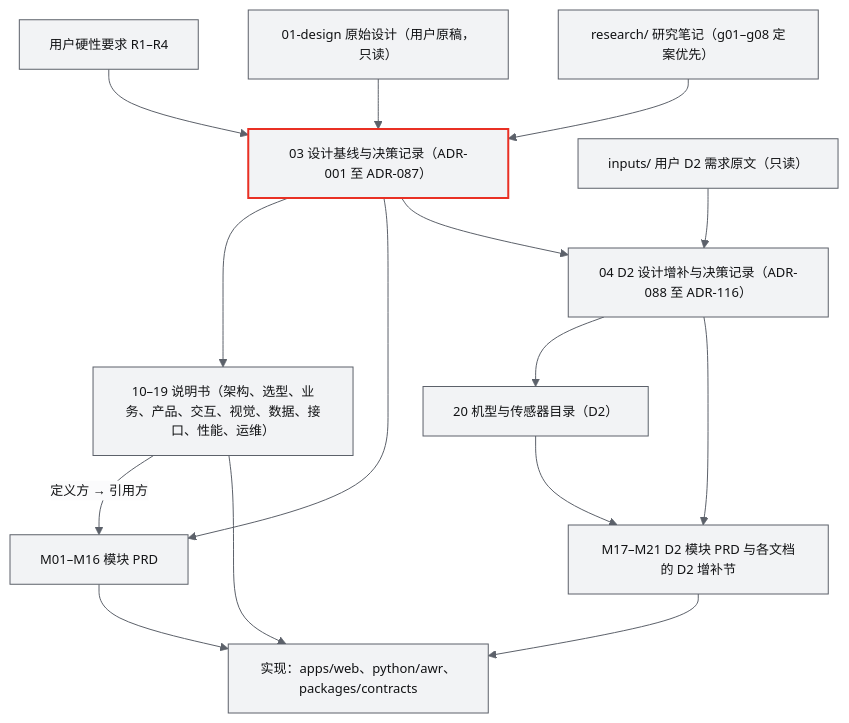
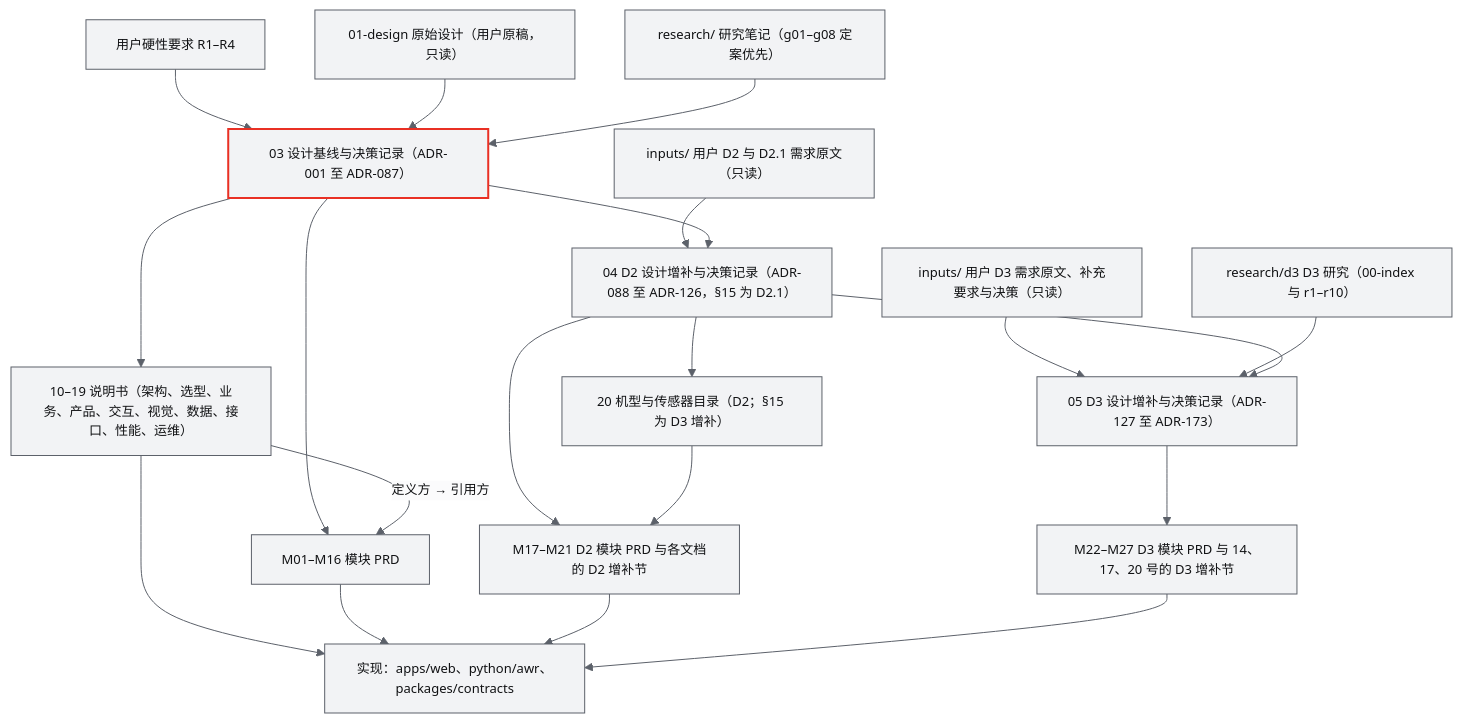
One commit to ANetResearch/ANet-Drone4D changed the diagram in docs/README.md. Above: the diagram before and after it, drawn with Mermaid. The commit also changed other lines of this file and 49 other files, not shown here.

````diff
--- a/docs/README.md
+++ b/docs/README.md
@@ -20,31 +20,40 @@
 ```mermaid
 %%{init: {"theme": "base", "themeVariables": {"fontFamily": "Inter, PingFang SC, Microsoft YaHei, Noto Sans CJK SC, sans-serif", "fontSize": "13px", "background": "#FBFBFC", "primaryColor": "#F2F3F5", "primaryTextColor": "#111214", "primaryBorderColor": "#5C616A", "secondaryColor": "#E4E6E9", "tertiaryColor": "#FBFBFC", "lineColor": "#5C616A", "textColor": "#111214", "mainBkg": "#F2F3F5", "nodeBorder": "#5C616A", "clusterBkg": "#FBFBFC", "clusterBorder": "#A7ABB3", "edgeLabelBackground": "#FBFBFC", "noteBkgColor": "#E4E6E9", "noteTextColor": "#111214", "noteBorderColor": "#81868F"}}}%%
 flowchart TD
   R["用户硬性要求 R1–R4"]
   D["01-design 原始设计（用户原稿，只读）"]
   RS["research/ 研究笔记（g01–g08 定案优先）"]
   B["03 设计基线与决策记录（ADR-001 至 ADR-087）"]
-  IN["inputs/ 用户 D2 需求原文（只读）"]
-  B2["04 D2 设计增补与决策记录（ADR-088 至 ADR-116）"]
-  CAT["20 机型与传感器目录（D2）"]
+  IN["inputs/ 用户 D2 与 D2.1 需求原文（只读）"]
+  B2["04 D2 设计增补与决策记录（ADR-088 至 ADR-126，§15 为 D2.1）"]
+  CAT["20 机型与传感器目录（D2；§15 为 D3 增补）"]
   M2["M17–M21 D2 模块 PRD 与各文档的 D2 增补节"]
+  IN3["inputs/ 用户 D3 需求原文、补充要求与决策（只读）"]
+  RS3["research/d3 D3 研究（00-index 与 r1–r10）"]
+  B3["05 D3 设计增补与决策记录（ADR-127 至 ADR-173）"]
+  M3["M22–M27 D3 模块 PRD 与 14、17、20 号的 D3 增补节"]
   S["10–19 说明书（架构、选型、业务、产品、交互、视觉、数据、接口、性能、运维）"]
   M["M01–M16 模块 PRD"]
   I["实现：apps/web、python/awr、packages/contracts"]
   R --> B
   D --> B
   RS --> B
   B --> S
   B --> M
   S -- "定义方 → 引用方" --> M
   S --> I
   M --> I
   IN --> B2
   B --> B2
   B2 --> CAT
   B2 --> M2
   CAT --> M2
   M2 --> I
+  IN3 --> B3
+  RS3 --> B3
+  B2 --> B3
+  B3 --> M3
+  M3 --> I
   classDef hero stroke:#E93024,stroke-width:2px
   class B hero
 ```
````
